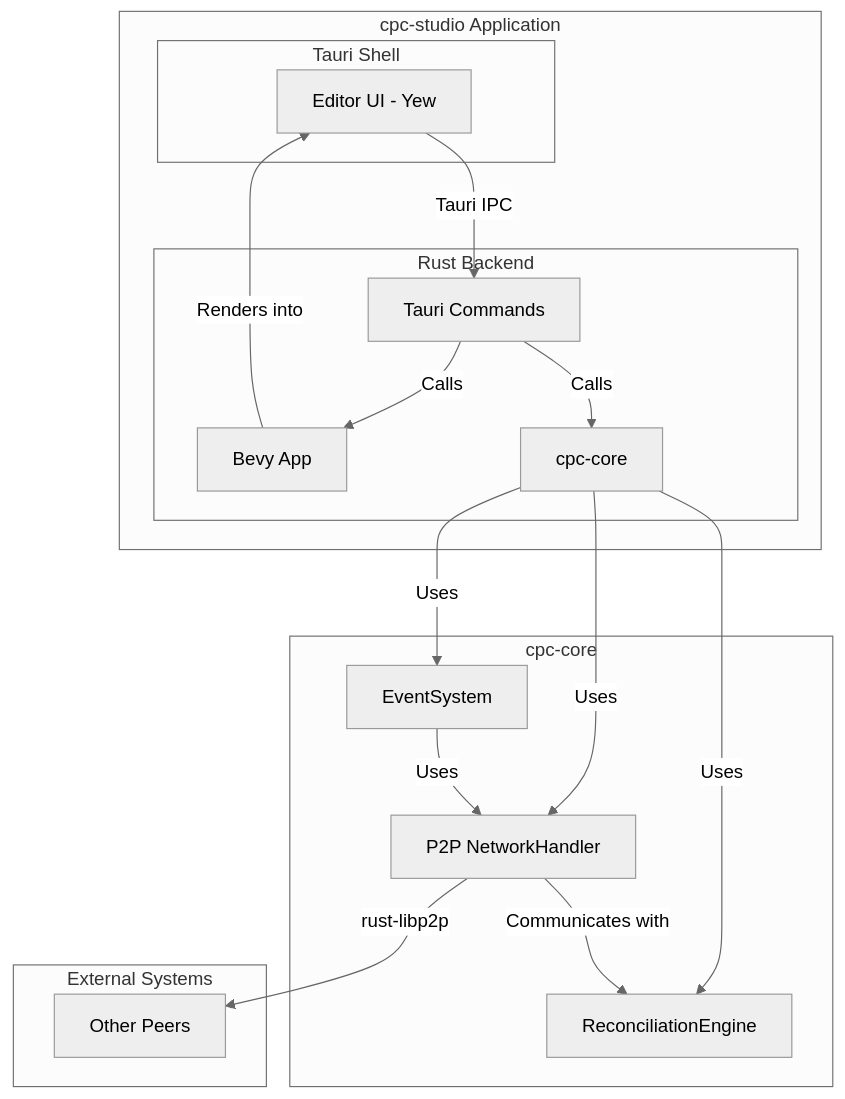
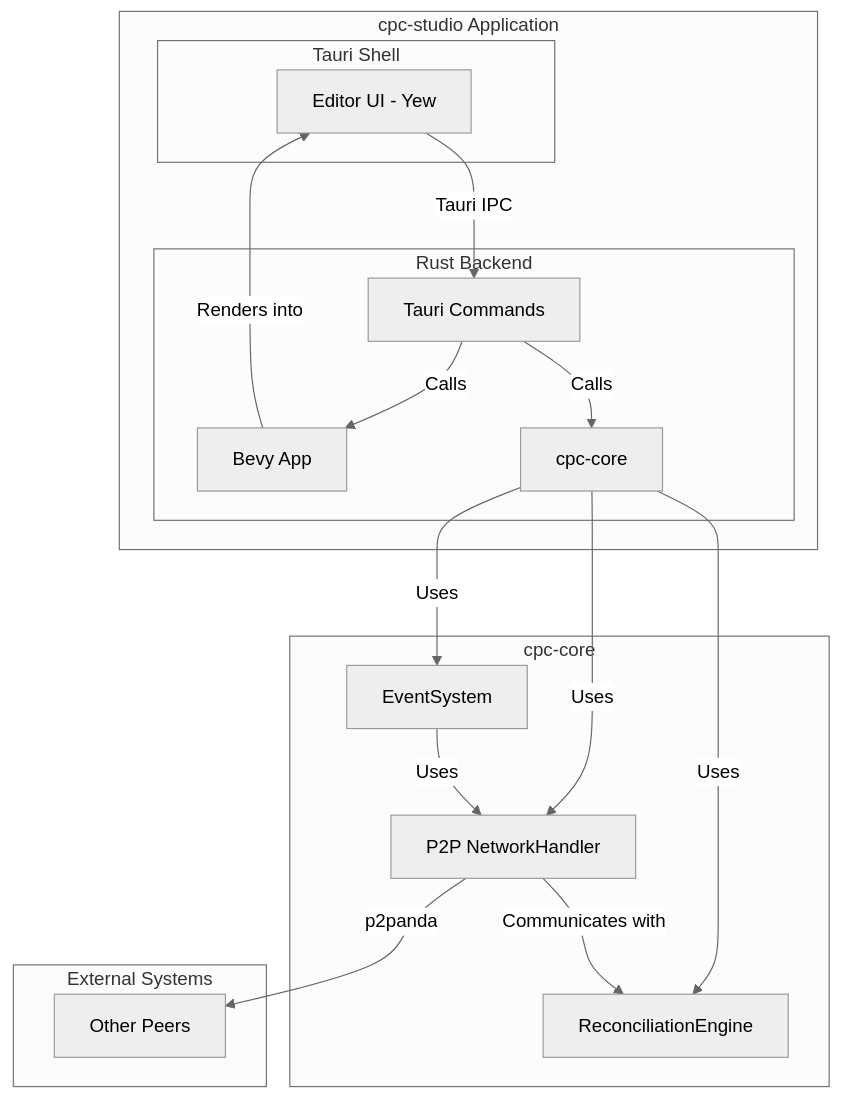
Before and after one commit to humancuration/cpc: the diagram in docs/game_editor_architecture.md, drawn with Mermaid (neutral theme). The commit also changed 246 other files, not shown here.

````diff
--- a/docs/game_editor_architecture.md
+++ b/docs/game_editor_architecture.md
@@ -13,36 +13,36 @@
 ```mermaid
 graph TD
     subgraph "cpc-studio Application"
         subgraph "Tauri Shell"
             A[Editor UI - Yew]
         end
 
         subgraph "Rust Backend"
             B[Tauri Commands]
             C[Bevy App]
             D[cpc-core]
         end
     end
 
     subgraph "cpc-core"
         E[P2P NetworkHandler]
         F[ReconciliationEngine]
         G[EventSystem]
     end
 
     A -- Tauri IPC --> B
     B -- Calls --> C
     B -- Calls --> D
     C -- Renders into --> A
     D -- Uses --> E
     D -- Uses --> F
     D -- Uses --> G
     E -- Communicates with --> F
     G -- Uses --> E
 
     subgraph "External Systems"
         H[Other Peers]
     end
 
-    E -- rust-libp2p --> H
+    E -- p2panda --> H
 ```
````
